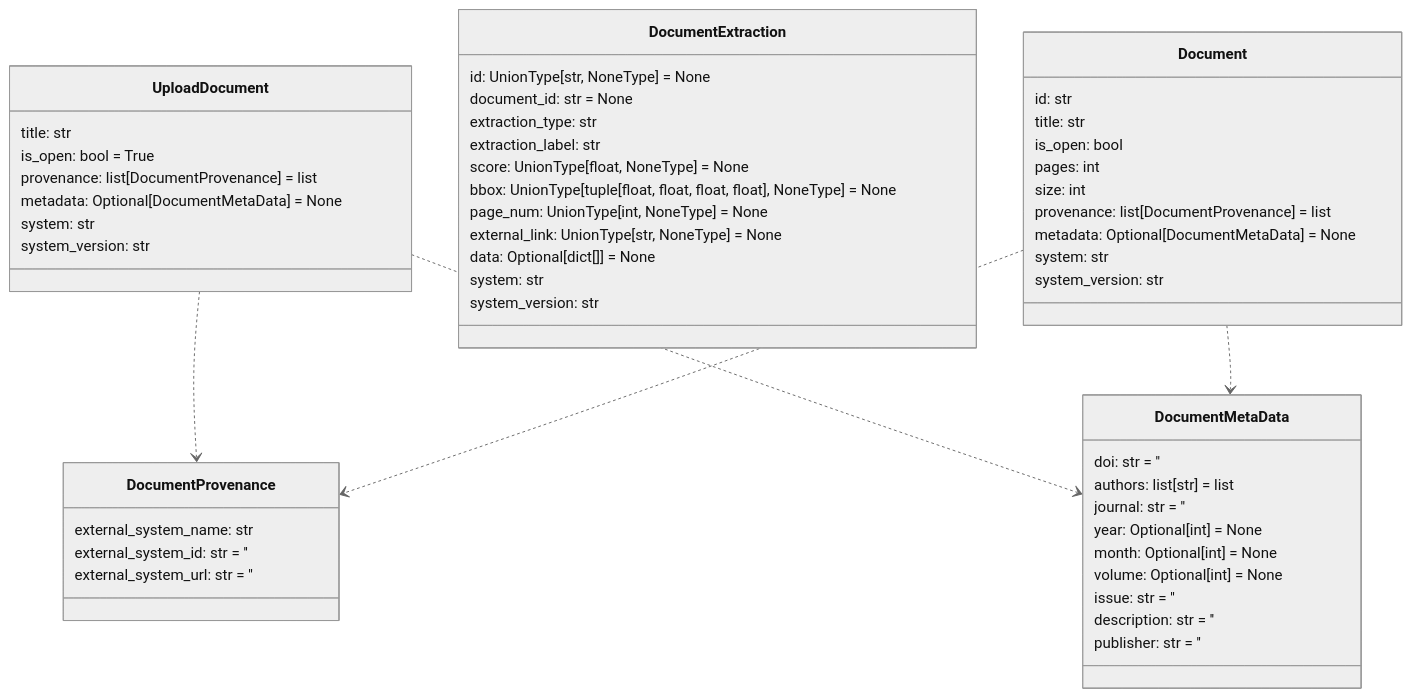
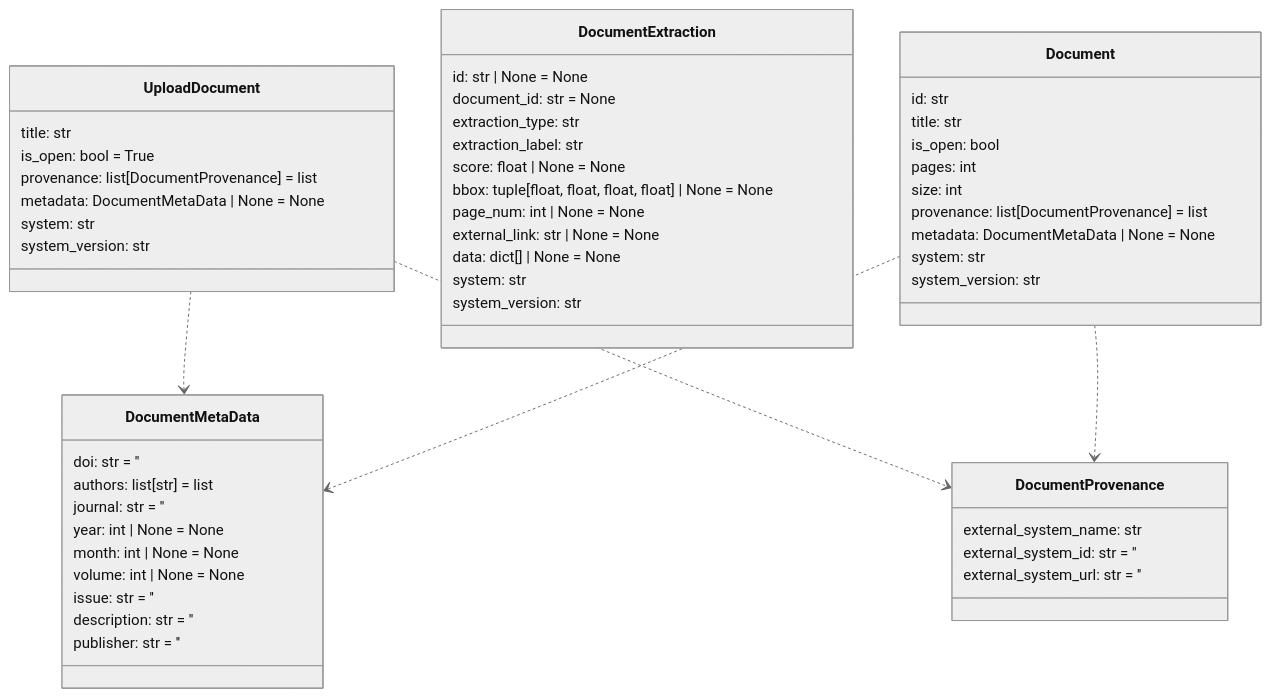
One commit to DARPA-CRITICALMAAS/cdr_schemas changed the ninth of 14 diagrams in README.md. Above: the diagram before and after it, drawn with Mermaid (neutral theme). The commit also changed other lines of this file and 3 other files, not shown here.

First line of the commit message:
TA3 Schema Integration and Metadata Parsing (#36)

````diff
--- a/README.md
+++ b/README.md
@@ -667,63 +694,63 @@
 ```mermaid
 classDiagram
+
+    class DocumentMetaData {
+        doi: str = ''
+        authors: list[str] = list
+        journal: str = ''
+        year: int | None = None
+        month: int | None = None
+        volume: int | None = None
+        issue: str = ''
+        description: str = ''
+        publisher: str = ''
+    }
 
     class DocumentProvenance {
         external_system_name: str
         external_system_id: str = ''
         external_system_url: str = ''
     }
 
     class UploadDocument {
         title: str
         is_open: bool = True
         provenance: list[DocumentProvenance] = list
-        metadata: Optional[DocumentMetaData] = None
+        metadata: DocumentMetaData | None = None
         system: str
         system_version: str
     }
 
     class DocumentExtraction {
-        id: UnionType[str, NoneType] = None
+        id: str | None = None
         document_id: str = None
         extraction_type: str
         extraction_label: str
-        score: UnionType[float, NoneType] = None
-        bbox: UnionType[tuple[float, float, float, float], NoneType] = None
-        page_num: UnionType[int, NoneType] = None
-        external_link: UnionType[str, NoneType] = None
-        data: Optional[dict[]] = None
+        score: float | None = None
+        bbox: tuple[float, float, float, float] | None = None
+        page_num: int | None = None
+        external_link: str | None = None
+        data: dict[] | None = None
         system: str
         system_version: str
     }
 
     class Document {
         id: str
         title: str
         is_open: bool
         pages: int
         size: int
         provenance: list[DocumentProvenance] = list
-        metadata: Optional[DocumentMetaData] = None
+        metadata: DocumentMetaData | None = None
         system: str
         system_version: str
     }
 
-    class DocumentMetaData {
-        doi: str = ''
-        authors: list[str] = list
-        journal: str = ''
-        year: Optional[int] = None
-        month: Optional[int] = None
-        volume: Optional[int] = None
-        issue: str = ''
-        description: str = ''
-        publisher: str = ''
-    }
-
+    UploadDocument ..> DocumentMetaData
     UploadDocument ..> DocumentProvenance
-    UploadDocument ..> DocumentMetaData
+    Document ..> DocumentMetaData
     Document ..> DocumentProvenance
-    Document ..> DocumentMetaData
 
 
 ```
````
